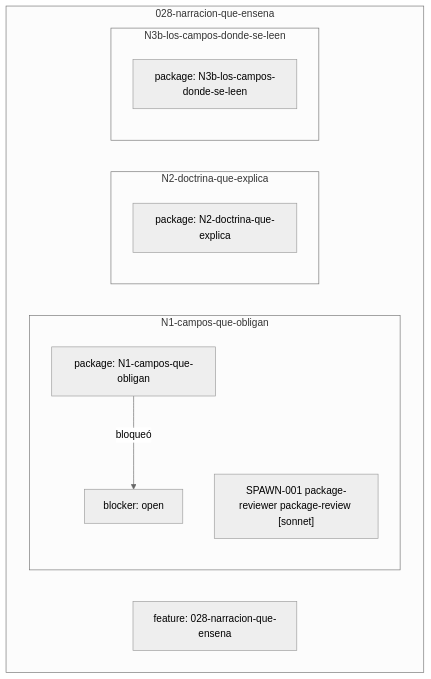
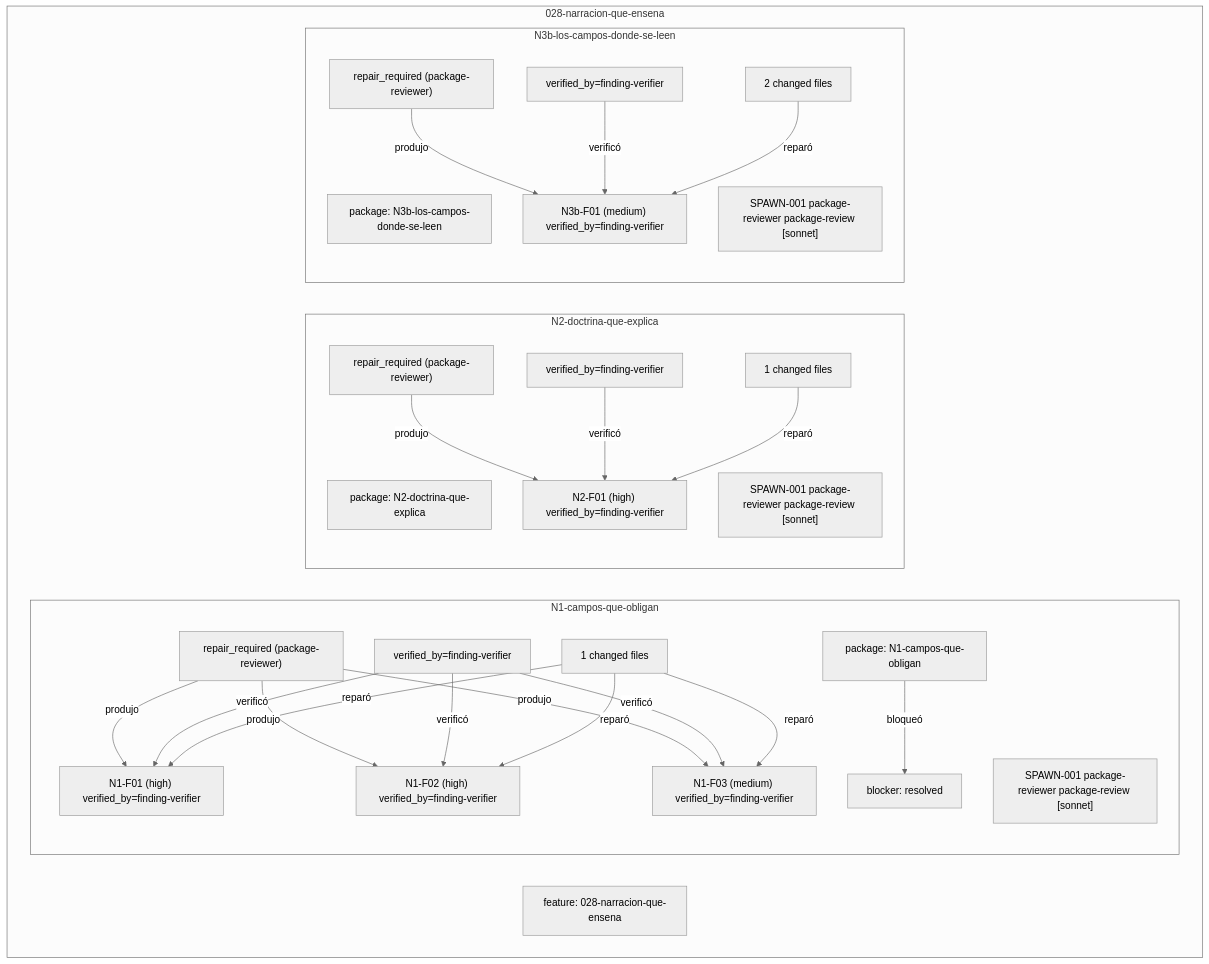
Before and after one commit to federico0330/set-agents: the diagram in docs/notas/features/028-narracion-que-ensena/grafo.md, drawn with Mermaid (neutral theme). The commit also changed 75 other files, not shown here.

````diff
--- a/docs/notas/features/028-narracion-que-ensena/grafo.md
+++ b/docs/notas/features/028-narracion-que-ensena/grafo.md
@@ -4,18 +4,49 @@
 ```mermaid
 flowchart TD
 subgraph sg_028_narracion_que_ensena["028-narracion-que-ensena"]
   feature_028_narracion_que_ensena_1["feature: 028-narracion-que-ensena"]
   subgraph sg_028_narracion_que_ensena_n1_campos_que_obligan["N1-campos-que-obligan"]
     package_028_narracion_que_ensena_n1_campos_que_obligan_1["package: N1-campos-que-obligan"]
+    finding_028_narracion_que_ensena_n1_campos_que_obligan_1["N1-F01 #40;high#41; verified_by=finding-verifier"]
+    finding_028_narracion_que_ensena_n1_campos_que_obligan_2["N1-F02 #40;high#41; verified_by=finding-verifier"]
+    finding_028_narracion_que_ensena_n1_campos_que_obligan_3["N1-F03 #40;medium#41; verified_by=finding-verifier"]
+    review_028_narracion_que_ensena_n1_campos_que_obligan_1["repair_required #40;package-reviewer#41;"]
+    verification_028_narracion_que_ensena_n1_campos_que_obligan_1["verified_by=finding-verifier"]
+    repair_028_narracion_que_ensena_n1_campos_que_obligan_1["1 changed files"]
     spawn_028_narracion_que_ensena_n1_campos_que_obligan_1["SPAWN-001 package-reviewer package-review #91;sonnet#93;"]
-    blocker_028_narracion_que_ensena_n1_campos_que_obligan_1["blocker: open"]
+    blocker_028_narracion_que_ensena_n1_campos_que_obligan_1["blocker: resolved"]
   end
   subgraph sg_028_narracion_que_ensena_n2_doctrina_que_explica["N2-doctrina-que-explica"]
     package_028_narracion_que_ensena_n2_doctrina_que_explica_1["package: N2-doctrina-que-explica"]
+    finding_028_narracion_que_ensena_n2_doctrina_que_explica_1["N2-F01 #40;high#41; verified_by=finding-verifier"]
+    review_028_narracion_que_ensena_n2_doctrina_que_explica_1["repair_required #40;package-reviewer#41;"]
+    verification_028_narracion_que_ensena_n2_doctrina_que_explica_1["verified_by=finding-verifier"]
+    repair_028_narracion_que_ensena_n2_doctrina_que_explica_1["1 changed files"]
+    spawn_028_narracion_que_ensena_n2_doctrina_que_explica_1["SPAWN-001 package-reviewer package-review #91;sonnet#93;"]
   end
   subgraph sg_028_narracion_que_ensena_n3b_los_campos_donde_se_leen["N3b-los-campos-donde-se-leen"]
     package_028_narracion_que_ensena_n3b_los_campos_donde_se_leen_1["package: N3b-los-campos-donde-se-leen"]
+    finding_028_narracion_que_ensena_n3b_los_campos_donde_se_leen_1["N3b-F01 #40;medium#41; verified_by=finding-verifier"]
+    review_028_narracion_que_ensena_n3b_los_campos_donde_se_leen_1["repair_required #40;package-reviewer#41;"]
+    verification_028_narracion_que_ensena_n3b_los_campos_donde_se_leen_1["verified_by=finding-verifier"]
+    repair_028_narracion_que_ensena_n3b_los_campos_donde_se_leen_1["2 changed files"]
+    spawn_028_narracion_que_ensena_n3b_los_campos_donde_se_leen_1["SPAWN-001 package-reviewer package-review #91;sonnet#93;"]
   end
 end
+review_028_narracion_que_ensena_n1_campos_que_obligan_1 -->|produjo| finding_028_narracion_que_ensena_n1_campos_que_obligan_1
+review_028_narracion_que_ensena_n1_campos_que_obligan_1 -->|produjo| finding_028_narracion_que_ensena_n1_campos_que_obligan_2
+review_028_narracion_que_ensena_n1_campos_que_obligan_1 -->|produjo| finding_028_narracion_que_ensena_n1_campos_que_obligan_3
+verification_028_narracion_que_ensena_n1_campos_que_obligan_1 -->|verificó| finding_028_narracion_que_ensena_n1_campos_que_obligan_1
+verification_028_narracion_que_ensena_n1_campos_que_obligan_1 -->|verificó| finding_028_narracion_que_ensena_n1_campos_que_obligan_2
+verification_028_narracion_que_ensena_n1_campos_que_obligan_1 -->|verificó| finding_028_narracion_que_ensena_n1_campos_que_obligan_3
+repair_028_narracion_que_ensena_n1_campos_que_obligan_1 -->|reparó| finding_028_narracion_que_ensena_n1_campos_que_obligan_1
+repair_028_narracion_que_ensena_n1_campos_que_obligan_1 -->|reparó| finding_028_narracion_que_ensena_n1_campos_que_obligan_2
+repair_028_narracion_que_ensena_n1_campos_que_obligan_1 -->|reparó| finding_028_narracion_que_ensena_n1_campos_que_obligan_3
+review_028_narracion_que_ensena_n2_doctrina_que_explica_1 -->|produjo| finding_028_narracion_que_ensena_n2_doctrina_que_explica_1
+verification_028_narracion_que_ensena_n2_doctrina_que_explica_1 -->|verificó| finding_028_narracion_que_ensena_n2_doctrina_que_explica_1
+repair_028_narracion_que_ensena_n2_doctrina_que_explica_1 -->|reparó| finding_028_narracion_que_ensena_n2_doctrina_que_explica_1
+review_028_narracion_que_ensena_n3b_los_campos_donde_se_leen_1 -->|produjo| finding_028_narracion_que_ensena_n3b_los_campos_donde_se_leen_1
+verification_028_narracion_que_ensena_n3b_los_campos_donde_se_leen_1 -->|verificó| finding_028_narracion_que_ensena_n3b_los_campos_donde_se_leen_1
+repair_028_narracion_que_ensena_n3b_los_campos_donde_se_leen_1 -->|reparó| finding_028_narracion_que_ensena_n3b_los_campos_donde_se_leen_1
 package_028_narracion_que_ensena_n1_campos_que_obligan_1 -->|bloqueó| blocker_028_narracion_que_ensena_n1_campos_que_obligan_1
 ```
````
